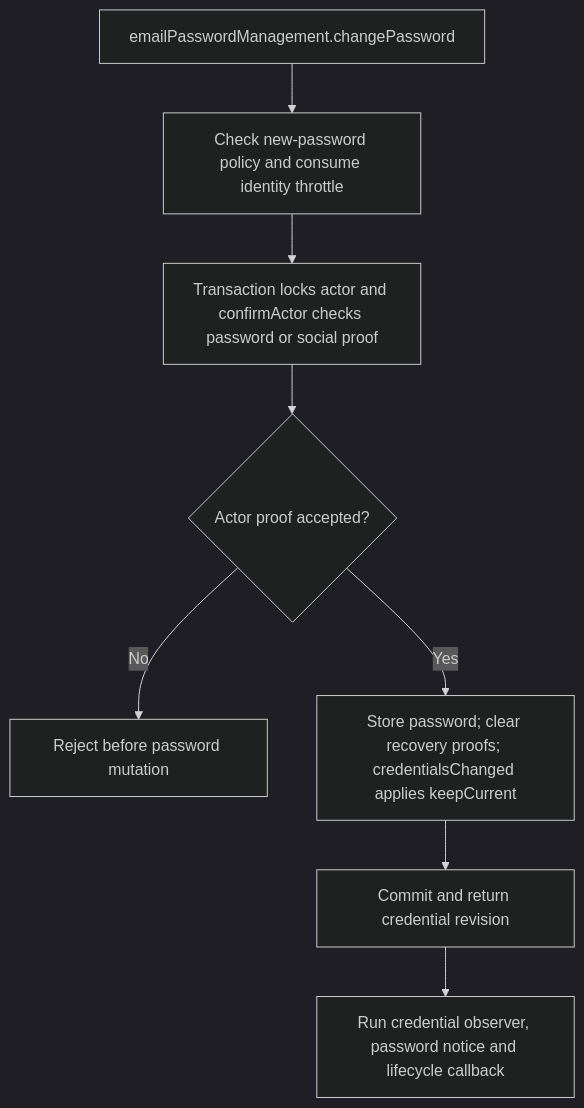
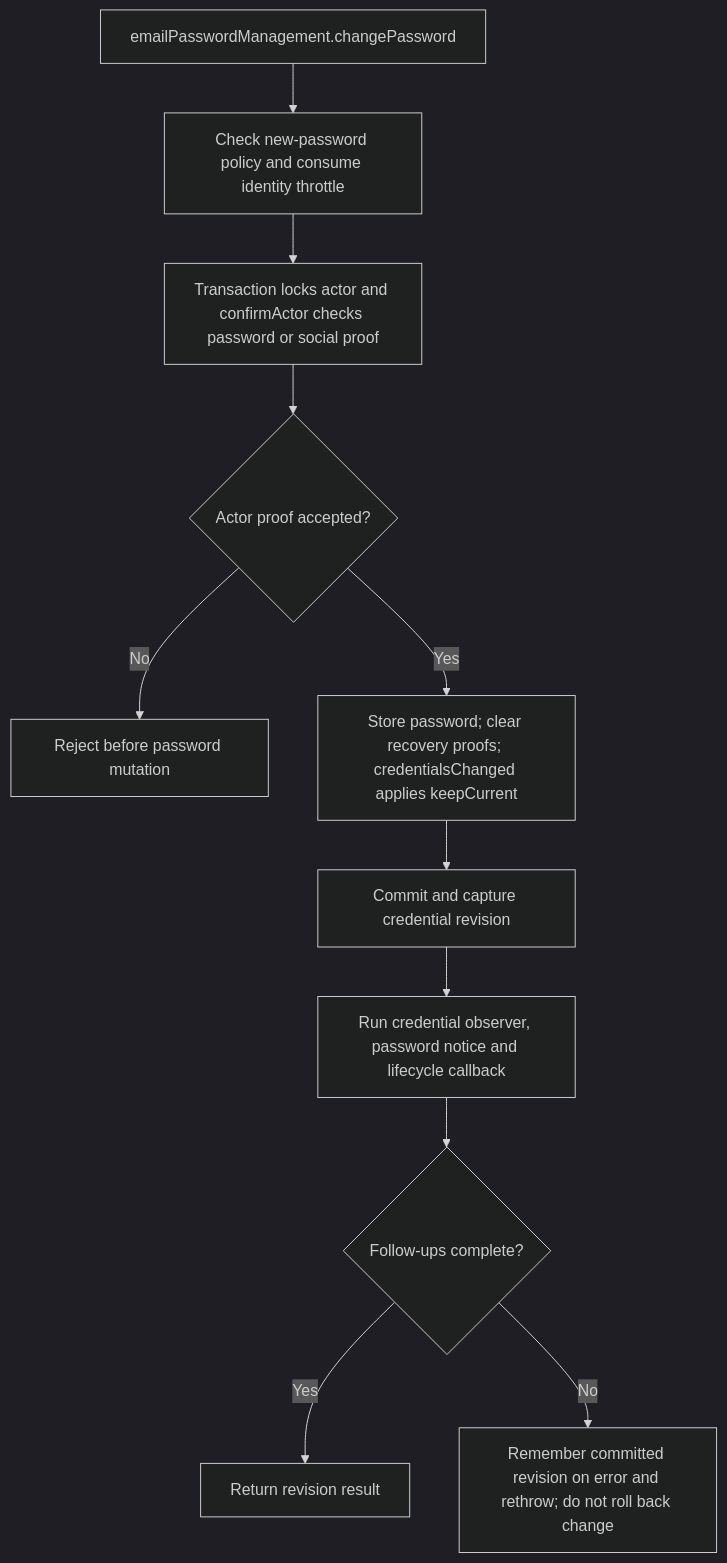
Before and after one commit to Kevinjohn/oss-adonisjs-account-kit: the second of 2 diagrams in user-stories/US-ACCOUNT-05-change-password.md, drawn with Mermaid (dark theme). The commit also changed 5 other files, not shown here.

````diff
--- a/user-stories/US-ACCOUNT-05-change-password.md
+++ b/user-stories/US-ACCOUNT-05-change-password.md
@@ -34,10 +34,13 @@
 ```mermaid
 flowchart TD
     A["emailPasswordManagement.changePassword"] --> B["Check new-password policy and consume identity throttle"]
     B --> C["Transaction locks actor and confirmActor checks password or social proof"]
     C --> D{"Actor proof accepted?"}
     D -->|No| E["Reject before password mutation"]
     D -->|Yes| F["Store password; clear recovery proofs; credentialsChanged applies keepCurrent"]
-    F --> G["Commit and return credential revision"]
+    F --> G["Commit and capture credential revision"]
     G --> H["Run credential observer, password notice and lifecycle callback"]
+    H --> I{"Follow-ups complete?"}
+    I -->|Yes| J["Return revision result"]
+    I -->|No| K["Remember committed revision on error and rethrow; do not roll back change"]
 ```
````
